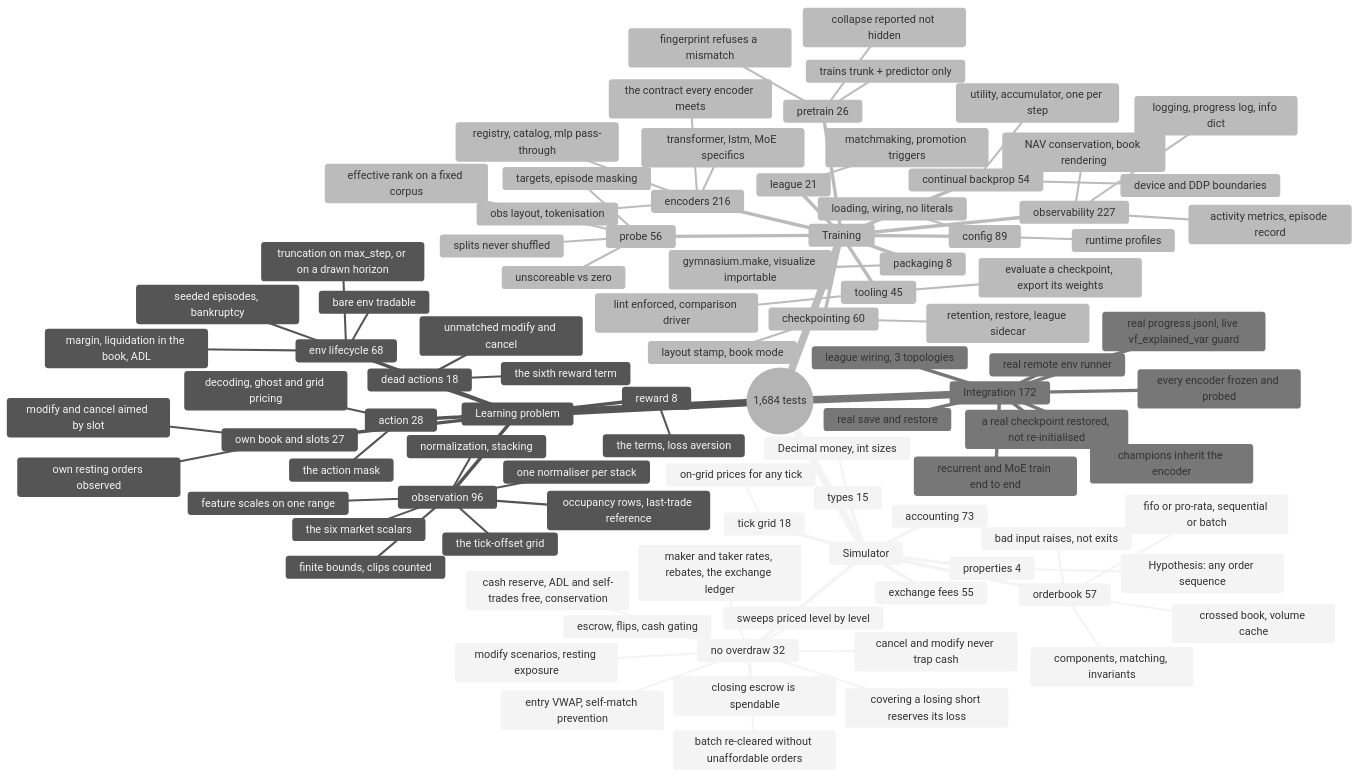
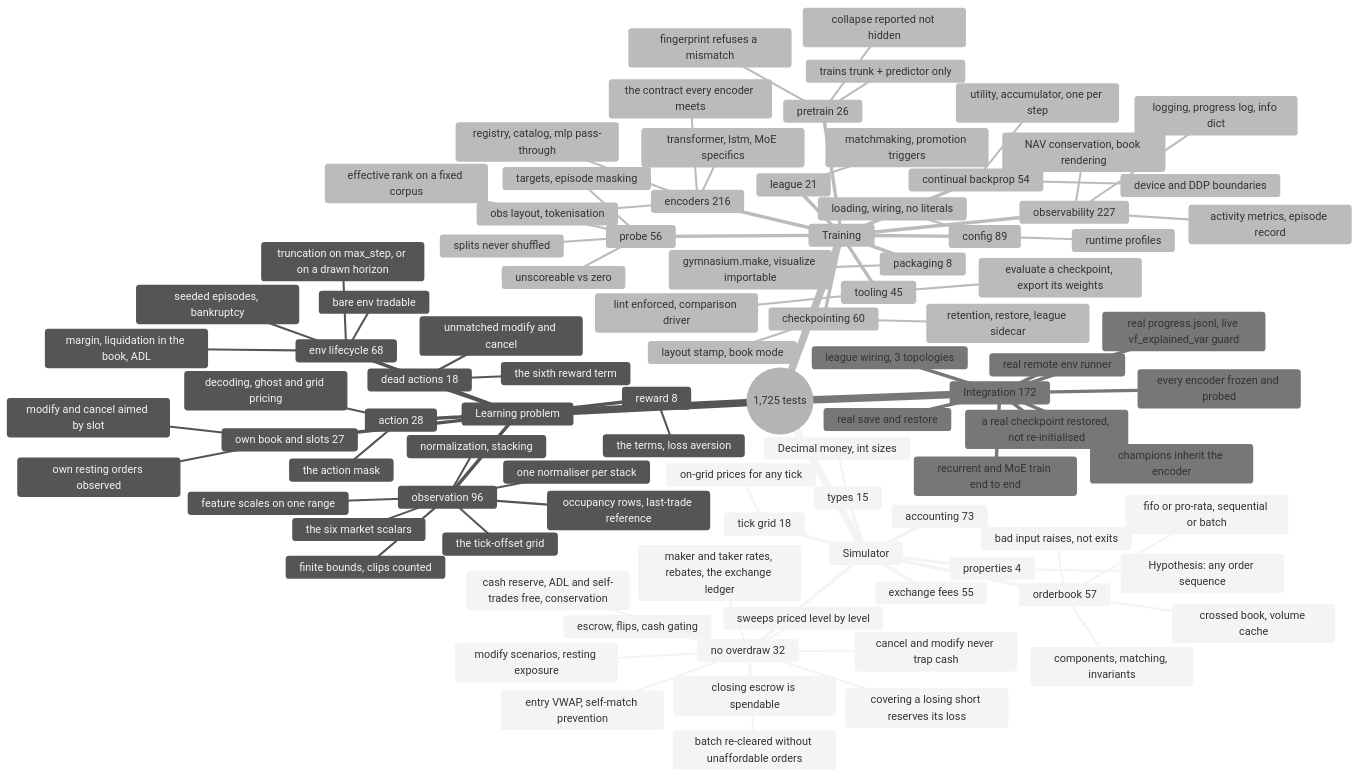
The diagram in doc/10_testing.md (ChuaCheowHuan/gym-continuousDoubleAuction), drawn with Mermaid (neutral theme) before and after one commit. The commit also changed other lines of this file and 8 other files, not shown here.

````diff
--- a/doc/10_testing.md
+++ b/doc/10_testing.md
@@ -153,6 +155,6 @@
 ```mermaid
 mindmap
-  root((1,684 tests))
+  root((1,725 tests))
     Simulator
       orderbook 57
         components, matching, invariants
````
